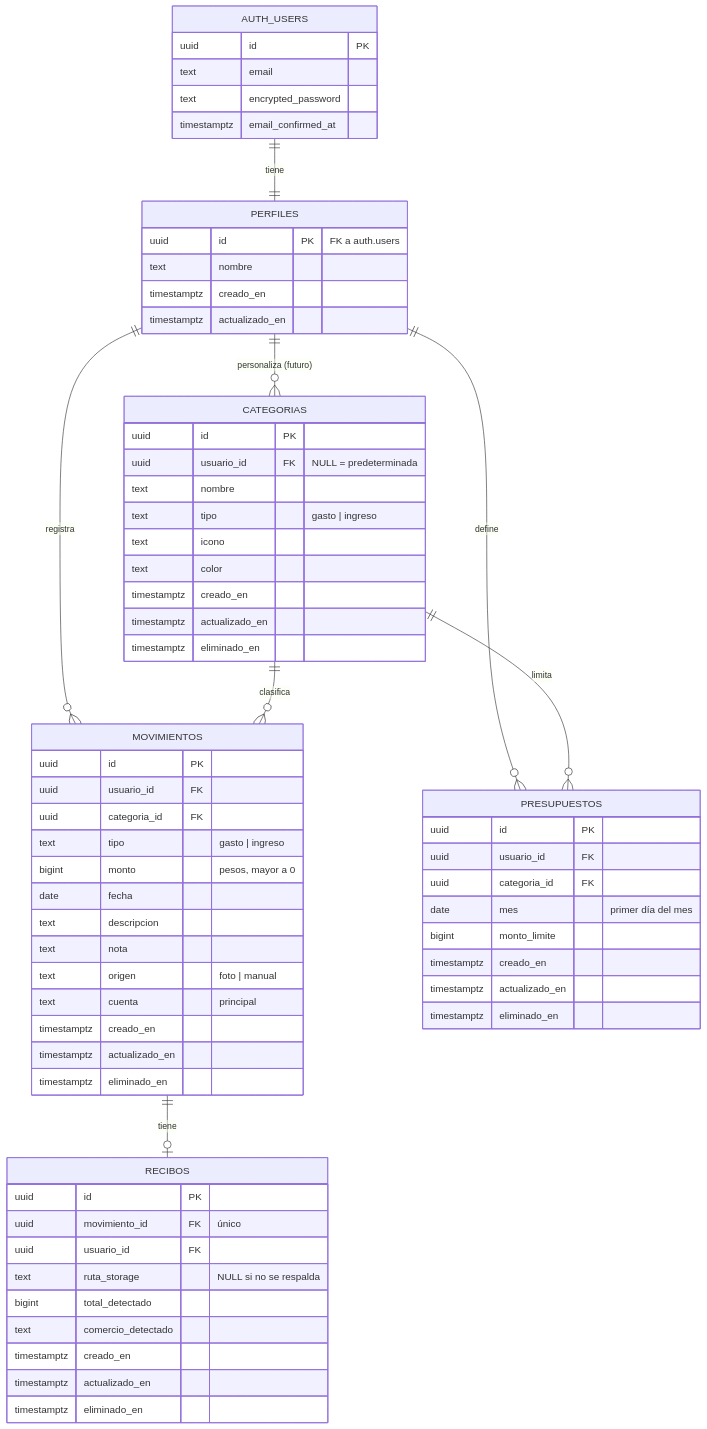
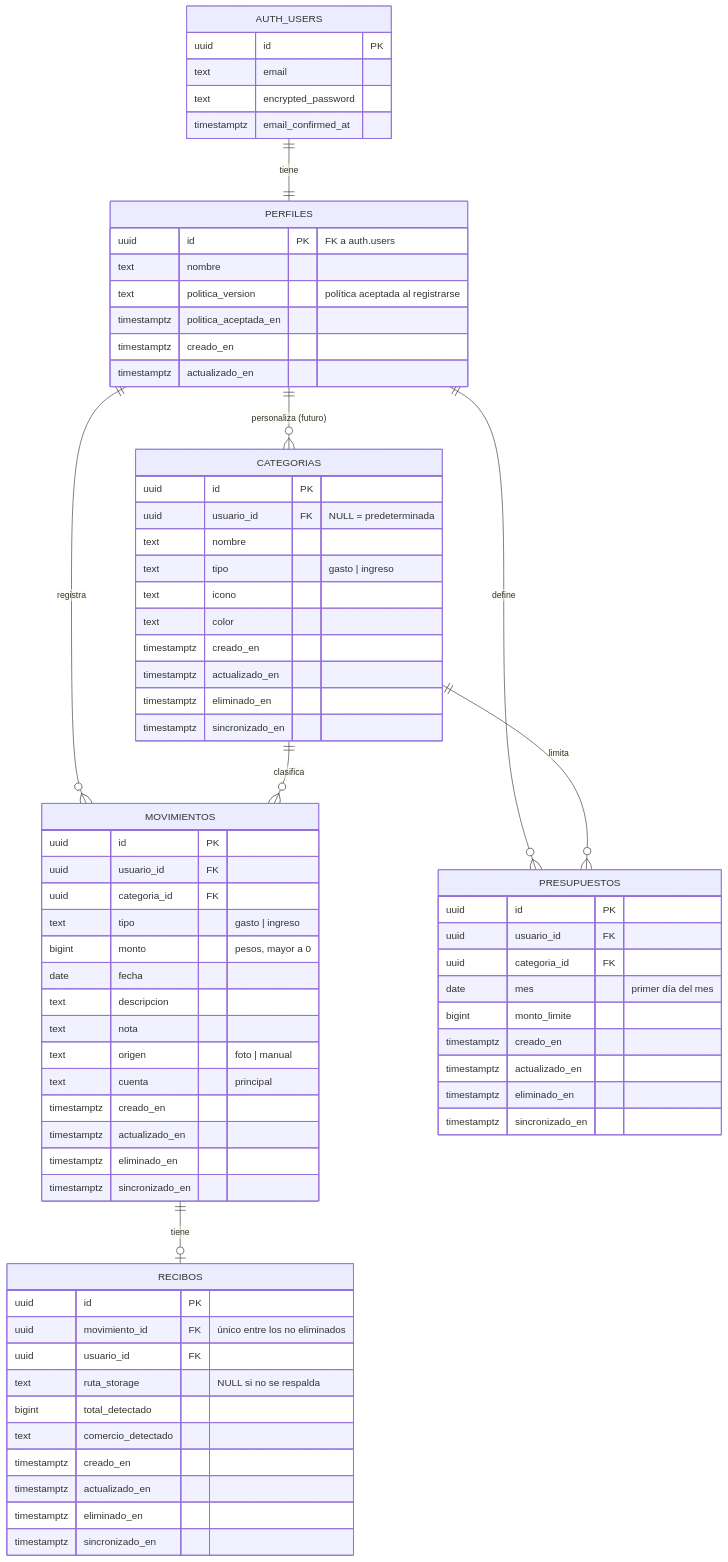
The second of 2 diagrams in docs/06-arquitectura.md (Aryeisor/MisLukas), drawn with Mermaid before and after one commit. The commit also changed other lines of this file and 28 other files, not shown here.

````diff
--- a/docs/06-arquitectura.md
+++ b/docs/06-arquitectura.md
@@ -268,69 +268,75 @@
 ```mermaid
 erDiagram
     AUTH_USERS ||--|| PERFILES : "tiene"
     PERFILES ||--o{ MOVIMIENTOS : "registra"
     PERFILES ||--o{ PRESUPUESTOS : "define"
     PERFILES ||--o{ CATEGORIAS : "personaliza (futuro)"
     CATEGORIAS ||--o{ MOVIMIENTOS : "clasifica"
     CATEGORIAS ||--o{ PRESUPUESTOS : "limita"
     MOVIMIENTOS ||--o| RECIBOS : "tiene"
     AUTH_USERS {
         uuid id PK
         text email
         text encrypted_password
         timestamptz email_confirmed_at
     }
     PERFILES {
         uuid id PK "FK a auth.users"
         text nombre
+        text politica_version "política aceptada al registrarse"
+        timestamptz politica_aceptada_en
         timestamptz creado_en
         timestamptz actualizado_en
     }
     CATEGORIAS {
         uuid id PK
         uuid usuario_id FK "NULL = predeterminada"
         text nombre
         text tipo "gasto | ingreso"
         text icono
         text color
         timestamptz creado_en
         timestamptz actualizado_en
         timestamptz eliminado_en
+        timestamptz sincronizado_en
     }
     MOVIMIENTOS {
         uuid id PK
         uuid usuario_id FK
         uuid categoria_id FK
         text tipo "gasto | ingreso"
         bigint monto "pesos, mayor a 0"
         date fecha
         text descripcion
         text nota
         text origen "foto | manual"
         text cuenta "principal"
         timestamptz creado_en
         timestamptz actualizado_en
         timestamptz eliminado_en
+        timestamptz sincronizado_en
     }
     PRESUPUESTOS {
         uuid id PK
         uuid usuario_id FK
         uuid categoria_id FK
         date mes "primer día del mes"
         bigint monto_limite
         timestamptz creado_en
         timestamptz actualizado_en
         timestamptz eliminado_en
+        timestamptz sincronizado_en
     }
     RECIBOS {
         uuid id PK
-        uuid movimiento_id FK "único"
+        uuid movimiento_id FK "único entre los no eliminados"
         uuid usuario_id FK
         text ruta_storage "NULL si no se respalda"
         bigint total_detectado
         text comercio_detectado
         timestamptz creado_en
         timestamptz actualizado_en
         timestamptz eliminado_en
+        timestamptz sincronizado_en
     }
 ```
````
